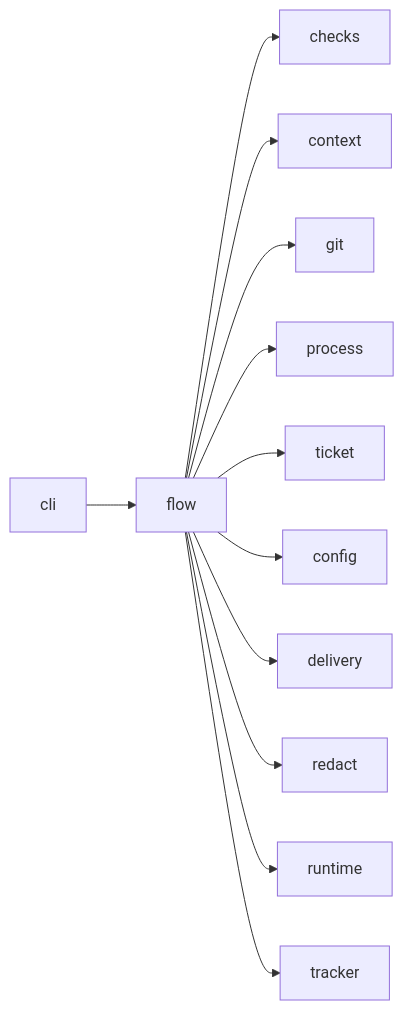
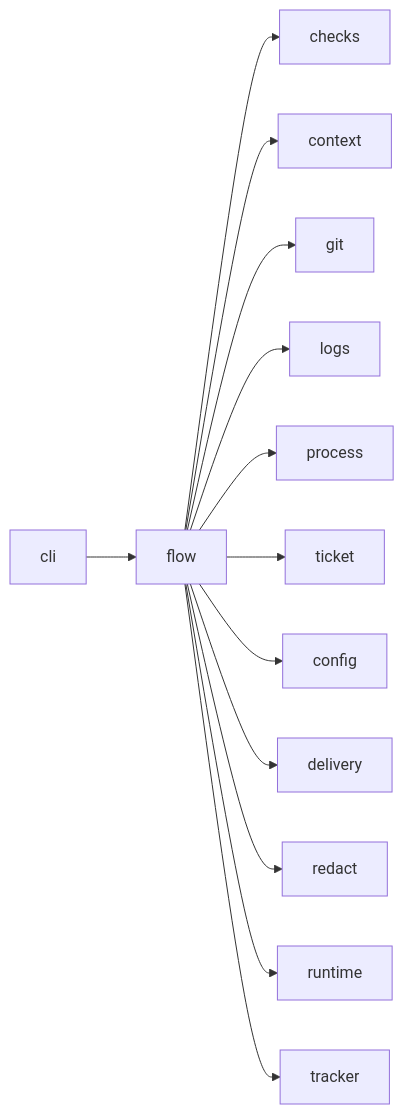
The diagram in docs/architecture/modules/flow.md (plaplanche/ariane), drawn with Mermaid before and after one commit. The commit also changed 22 other files, not shown here.

````diff
--- a/docs/architecture/modules/flow.md
+++ b/docs/architecture/modules/flow.md
@@ -16,14 +16,15 @@
 ```mermaid
 flowchart LR
   flow --> checks
   flow --> context
   flow --> git
+  flow --> logs
   flow --> process
   flow --> ticket
   flow --> config
   flow --> delivery
   flow --> redact
   flow --> runtime
   flow --> tracker
   cli --> flow
 ```
````
